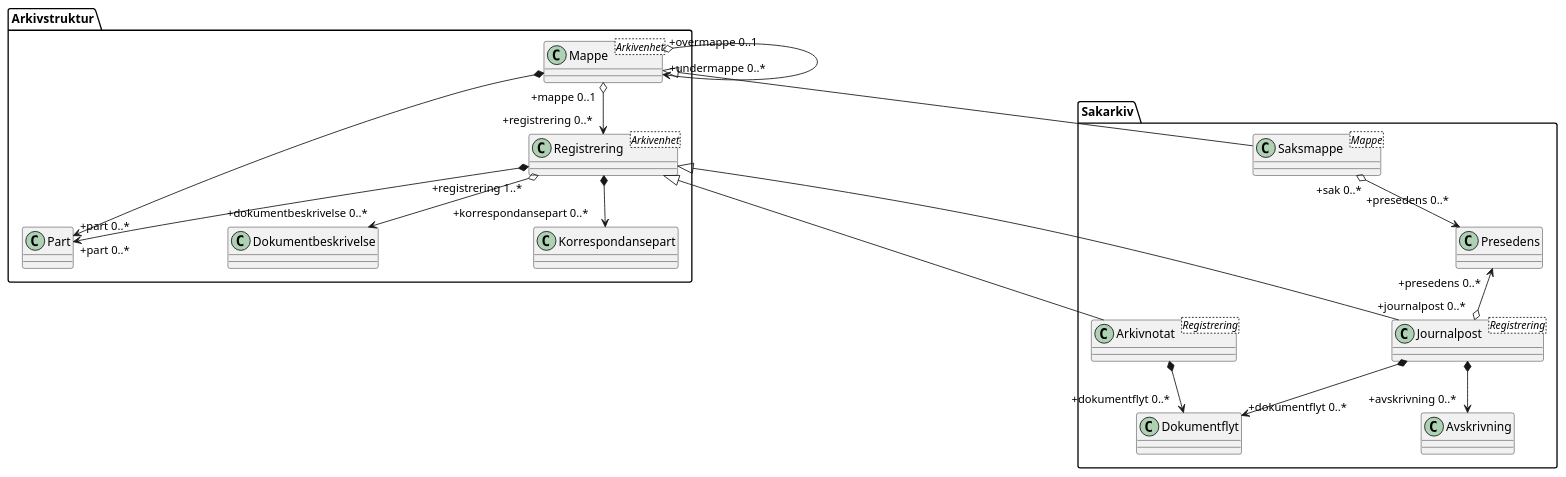
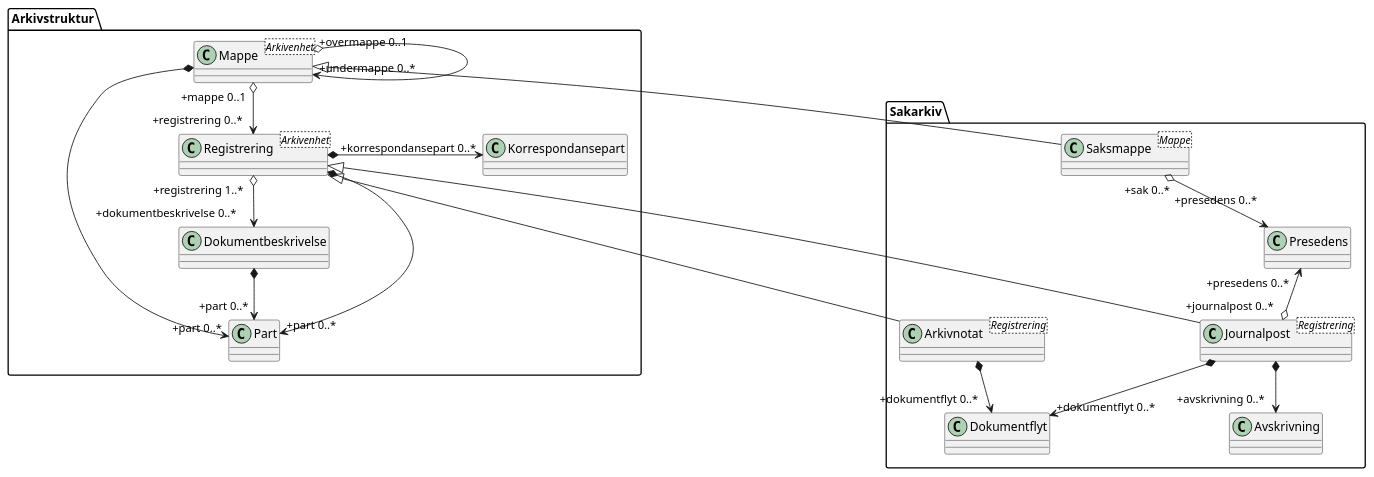
One commit to arkivverket/noark5-tjenestegrensesnitt-standard changed the diagram in kapitler/media/uml-sakarkiv-entiteter.puml. Above: the diagram before and after it, drawn with PlantUML. The commit also changed 3 other files, not shown here.

First line of the commit message:
Dokumentbeskrivelse skal lenke til Part

```diff
--- a/kapitler/media/uml-sakarkiv-entiteter.puml
+++ b/kapitler/media/uml-sakarkiv-entiteter.puml
@@ -1,28 +1,29 @@
 @startuml uml-sakarkiv-entiteter.puml
 skinparam classAttributeIconSize 0
 skinparam nodesep 180
 
 class Arkivstruktur.Mappe <Arkivenhet>
 class Arkivstruktur.Registrering <Arkivenhet>
 class Sakarkiv.Journalpost <Registrering>
 class Sakarkiv.Saksmappe <Mappe>
 class Sakarkiv.Arkivnotat <Registrering>
 
 Arkivstruktur.Registrering <|-- Sakarkiv.Journalpost
 Arkivstruktur.Registrering <|-- Sakarkiv.Arkivnotat
 Arkivstruktur.Mappe <|-- Sakarkiv.Saksmappe
 
 Arkivstruktur.Mappe "+mappe 0..1" o--> "+registrering 0..*" Arkivstruktur.Registrering
 Arkivstruktur.Mappe "+overmappe 0..1" o--> "+undermappe 0..*" Arkivstruktur.Mappe
 Arkivstruktur.Mappe *--> "+part 0..*" Arkivstruktur.Part
 Arkivstruktur.Registrering *--> "+part 0..*" Arkivstruktur.Part
+Arkivstruktur.Dokumentbeskrivelse *--> "+part 0..*" Arkivstruktur.Part
 Sakarkiv.Saksmappe "+sak 0..*" o--> "+presedens 0..*\n" Sakarkiv.Presedens
 Sakarkiv.Presedens "+presedens 0..*" <--o  "+journalpost 0..*" Sakarkiv.Journalpost
 
-Arkivstruktur.Registrering *--> "+korrespondansepart 0..*" Arkivstruktur.Korrespondansepart
+Arkivstruktur.Registrering *-> "+korrespondansepart 0..*" Arkivstruktur.Korrespondansepart
 Sakarkiv.Journalpost *--> "+avskrivning 0..*" Sakarkiv.Avskrivning
 Sakarkiv.Journalpost *--> "+dokumentflyt 0..*" Sakarkiv.Dokumentflyt
 Sakarkiv.Arkivnotat *--> "+dokumentflyt 0..*" Sakarkiv.Dokumentflyt
 
 Arkivstruktur.Registrering "+registrering 1..*" o--> "+dokumentbeskrivelse 0..*" Arkivstruktur.Dokumentbeskrivelse 
 @enduml
```
